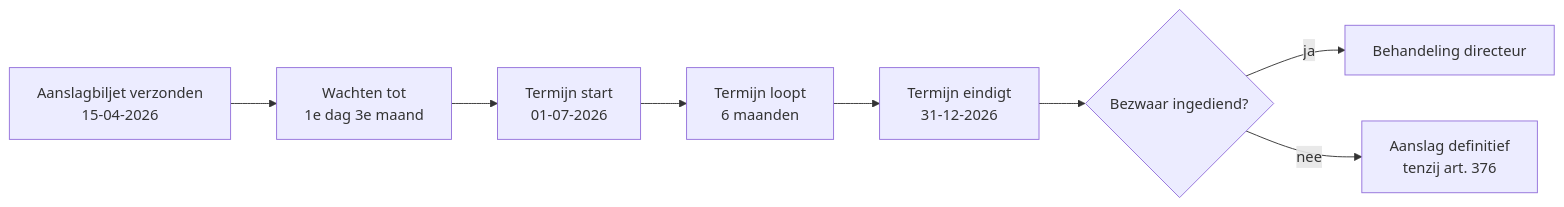
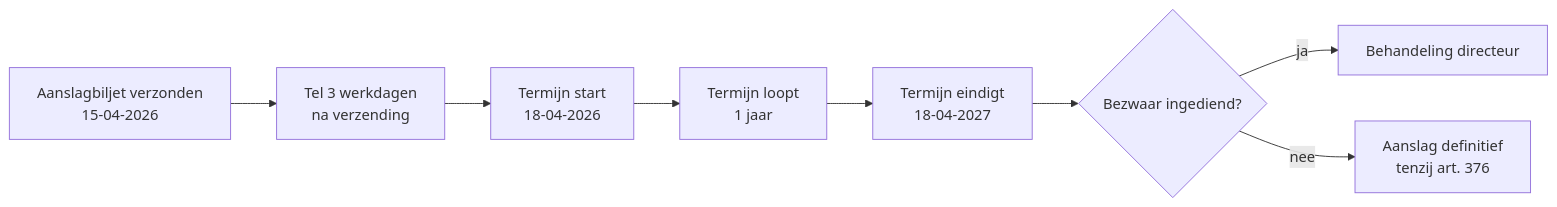
One commit to stivni/certificaid changed the diagram in content/concepten/bezwaarprocedure.md. Above: the diagram before and after it, drawn with Mermaid. The commit also changed other lines of this file and 5 other files, not shown here.

First line of the commit message:
claims_checken bezwaarprocedure: bezwaartermijn 1 jaar i.p.v. 6 maanden (art. 371 WIB92)

````diff
--- a/content/concepten/bezwaarprocedure.md
+++ b/content/concepten/bezwaarprocedure.md
@@ -107,10 +107,10 @@
 ```mermaid
 flowchart LR
-  A[Aanslagbiljet verzonden<br/>15-04-2026] --> B[Wachten tot<br/>1e dag 3e maand]
-  B --> C[Termijn start<br/>01-07-2026]
-  C --> D[Termijn loopt<br/>6 maanden]
-  D --> E[Termijn eindigt<br/>31-12-2026]
+  A[Aanslagbiljet verzonden<br/>15-04-2026] --> B[Tel 3 werkdagen<br/>na verzending]
+  B --> C[Termijn start<br/>18-04-2026]
+  C --> D[Termijn loopt<br/>1 jaar]
+  D --> E[Termijn eindigt<br/>18-04-2027]
   E --> F{Bezwaar ingediend?}
   F -->|ja| G[Behandeling directeur]
   F -->|nee| H[Aanslag definitief<br/>tenzij art. 376]
 ```
````
